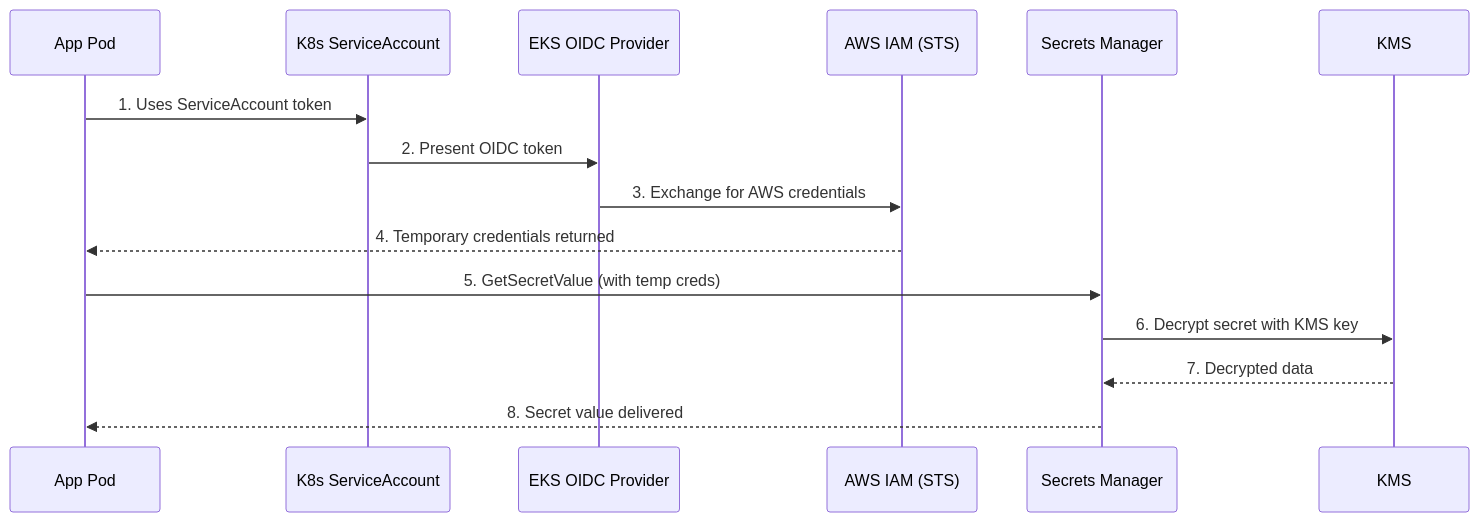
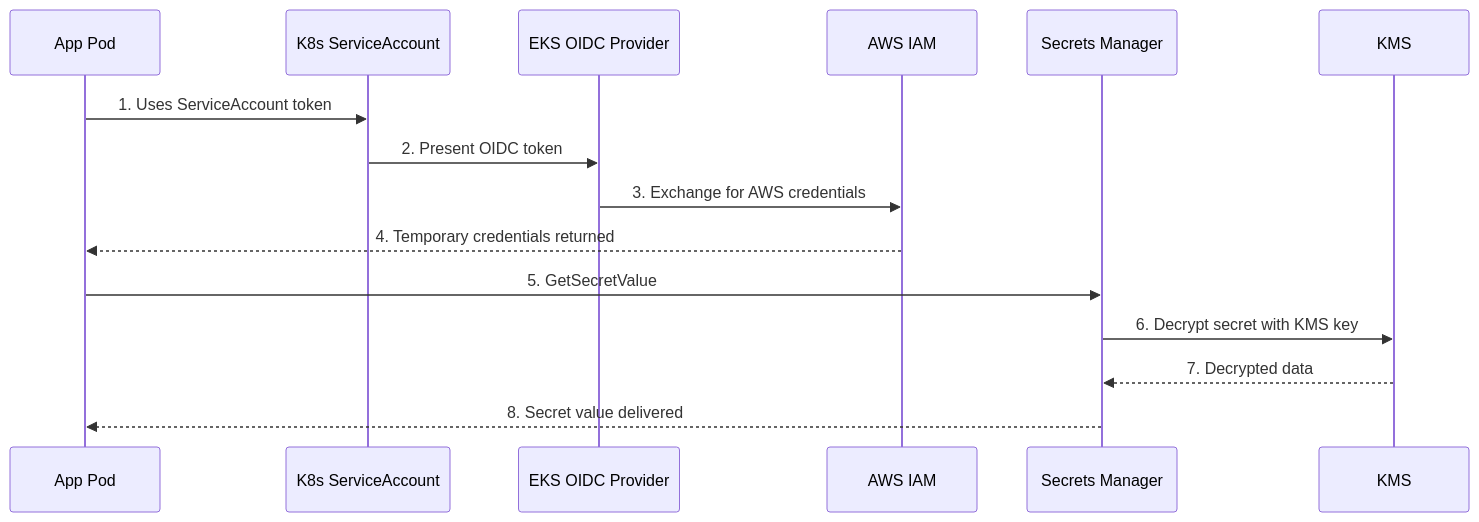
The second of 3 diagrams in modules/secrets-manager/README.md (selvakumarperumal/EKS_k8s_custom_template_with_Terraform), drawn with Mermaid before and after one commit. The commit also changed other lines of this file and 5 other files, not shown here.

Commit message:
docs: rewrite all module READMEs with fixed Mermaid diagrams and Terraform code snippets

````diff
--- a/modules/secrets-manager/README.md
+++ b/modules/secrets-manager/README.md
@@ -98,18 +168,18 @@
 ```mermaid
 sequenceDiagram
     participant Pod as App Pod
     participant SA as K8s ServiceAccount
     participant OIDC as EKS OIDC Provider
-    participant IAM as AWS IAM (STS)
+    participant IAM as AWS IAM
     participant SM as Secrets Manager
     participant KMS as KMS
 
     Pod->>SA: 1. Uses ServiceAccount token
     SA->>OIDC: 2. Present OIDC token
     OIDC->>IAM: 3. Exchange for AWS credentials
     IAM-->>Pod: 4. Temporary credentials returned
-    Pod->>SM: 5. GetSecretValue (with temp creds)
+    Pod->>SM: 5. GetSecretValue
     SM->>KMS: 6. Decrypt secret with KMS key
     KMS-->>SM: 7. Decrypted data
     SM-->>Pod: 8. Secret value delivered
 ```
````
